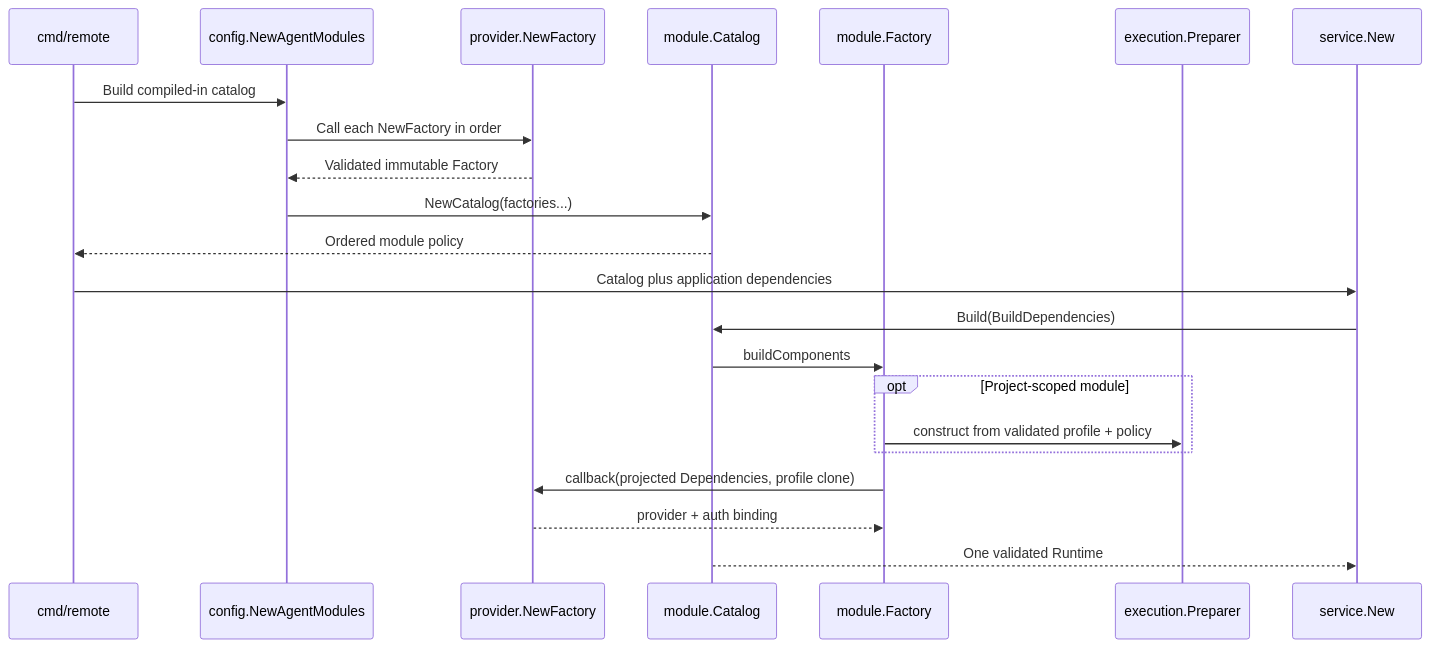
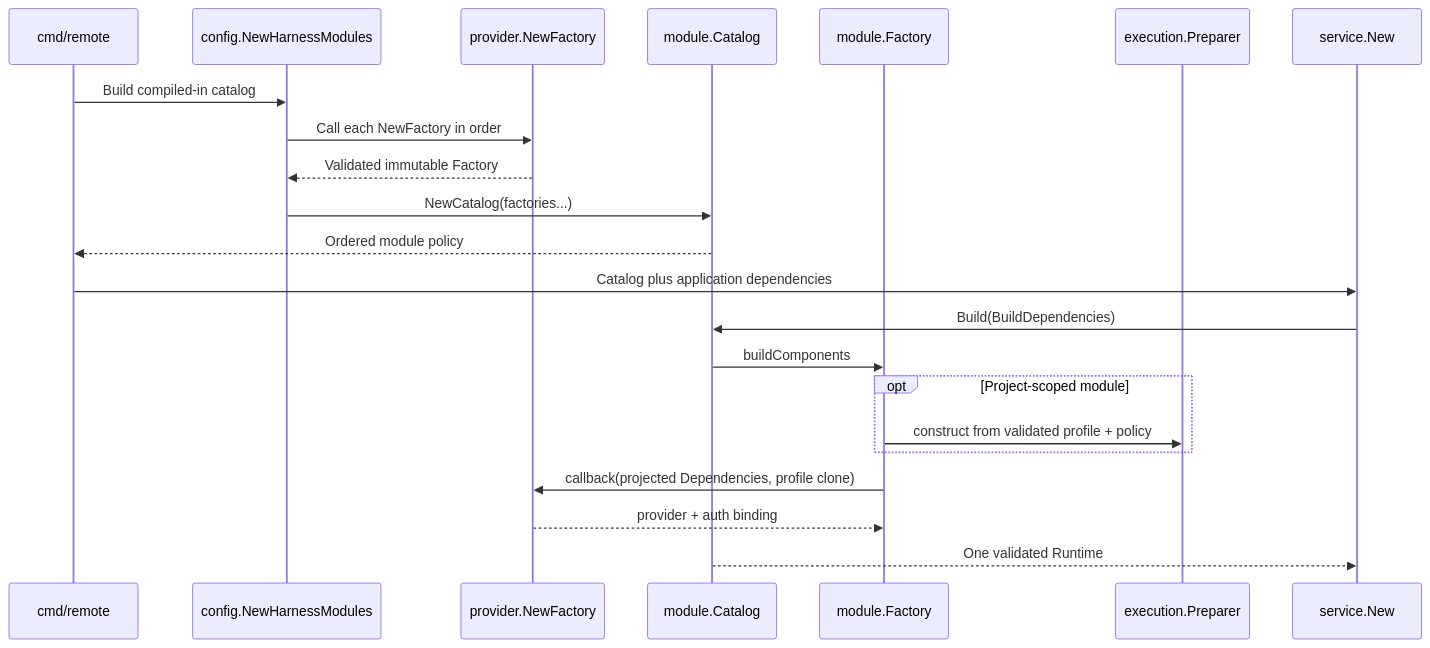
The diagram in docs/dev/agents/01-module-contract-and-registration.md (futrx-com/remote.futrx), drawn with Mermaid before and after one commit. The commit also changed other lines of this file and 166 other files, not shown here.

````diff
--- a/docs/dev/agents/01-module-contract-and-registration.md
+++ b/docs/dev/agents/01-module-contract-and-registration.md
@@ -69,25 +69,25 @@
 ```mermaid
 sequenceDiagram
     participant Main as cmd/remote
-    participant Config as config.NewAgentModules
+    participant Config as config.NewHarnessModules
     participant Provider as provider.NewFactory
     participant Catalog as module.Catalog
     participant Factory as module.Factory
     participant Prep as execution.Preparer
     participant Services as service.New
 
     Main->>Config: Build compiled-in catalog
     Config->>Provider: Call each NewFactory in order
     Provider-->>Config: Validated immutable Factory
     Config->>Catalog: NewCatalog(factories...)
     Catalog-->>Main: Ordered module policy
     Main->>Services: Catalog plus application dependencies
     Services->>Catalog: Build(BuildDependencies)
     Catalog->>Factory: buildComponents
     opt Project-scoped module
         Factory->>Prep: construct from validated profile + policy
     end
     Factory->>Provider: callback(projected Dependencies, profile clone)
     Provider-->>Factory: provider + auth binding
     Catalog-->>Services: One validated Runtime
 ```
````
